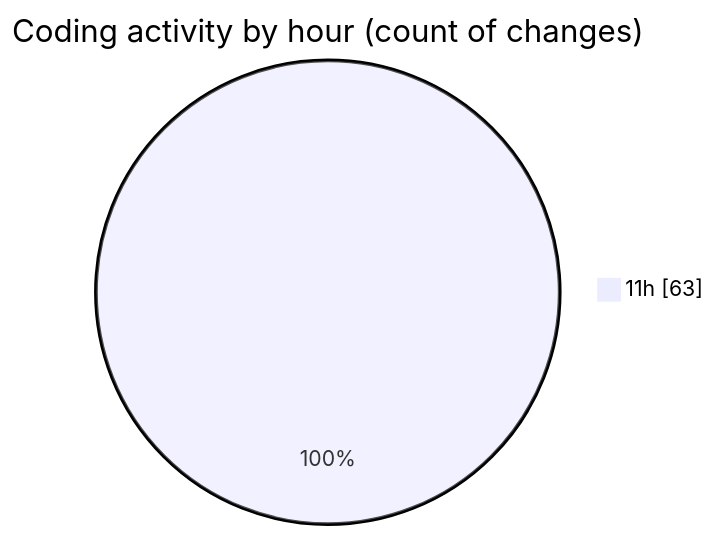
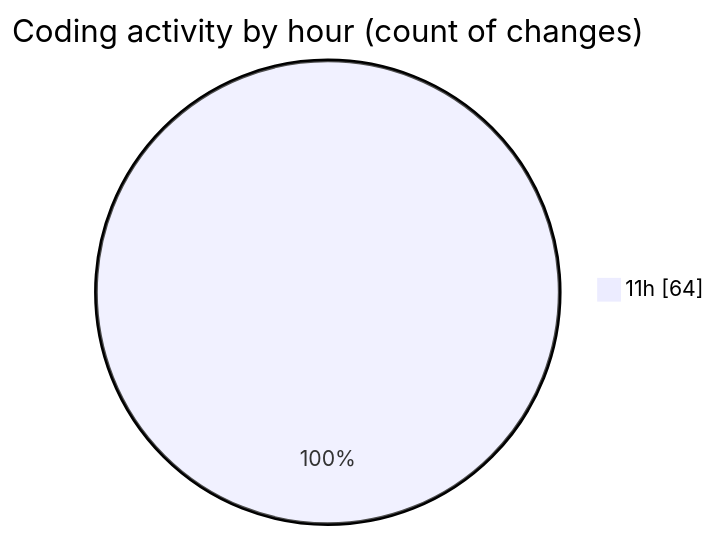
Before and after one commit to nxtqubesakshisongat/code-tracking: the second of 2 diagrams in 2025-12-24/nxtqube_webapp/README.md, drawn with Mermaid. The commit also changed other lines of this file and 1 other file, not shown here.

````diff
--- a/2025-12-24/nxtqube_webapp/README.md
+++ b/2025-12-24/nxtqube_webapp/README.md
@@ -28,5 +28,5 @@
 ```mermaid
 pie showData
 title Coding activity by hour (count of changes)
-"11h" : 63
+"11h" : 64
 ```
````
